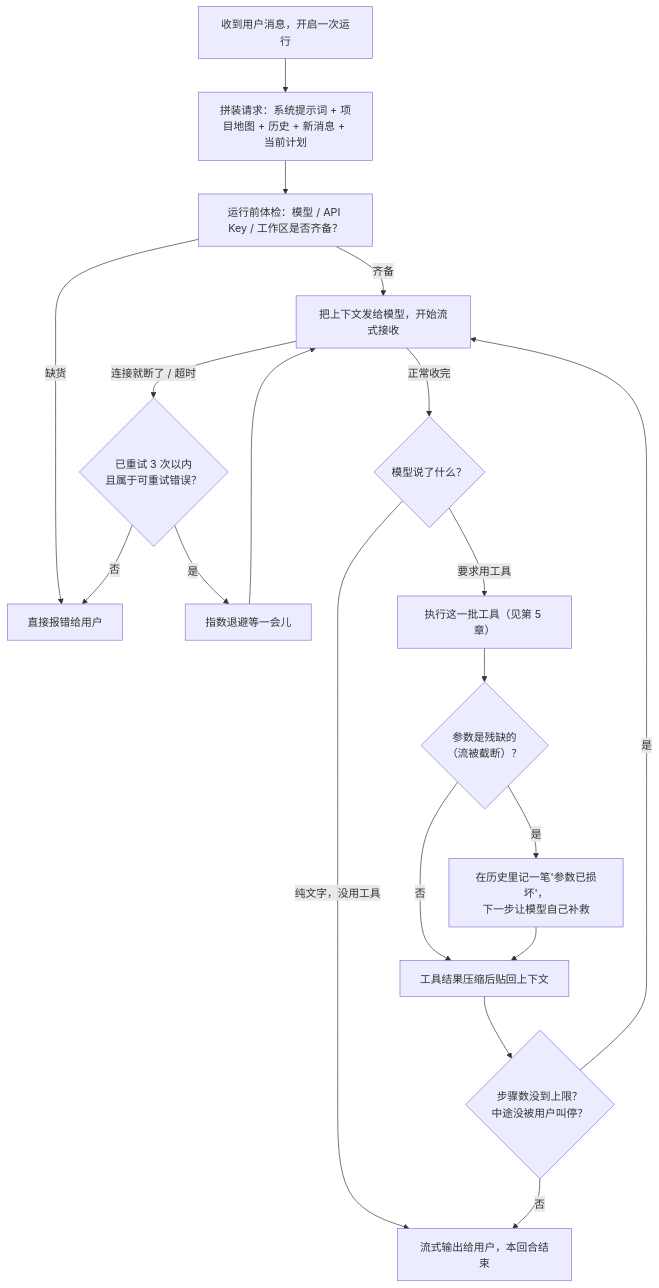
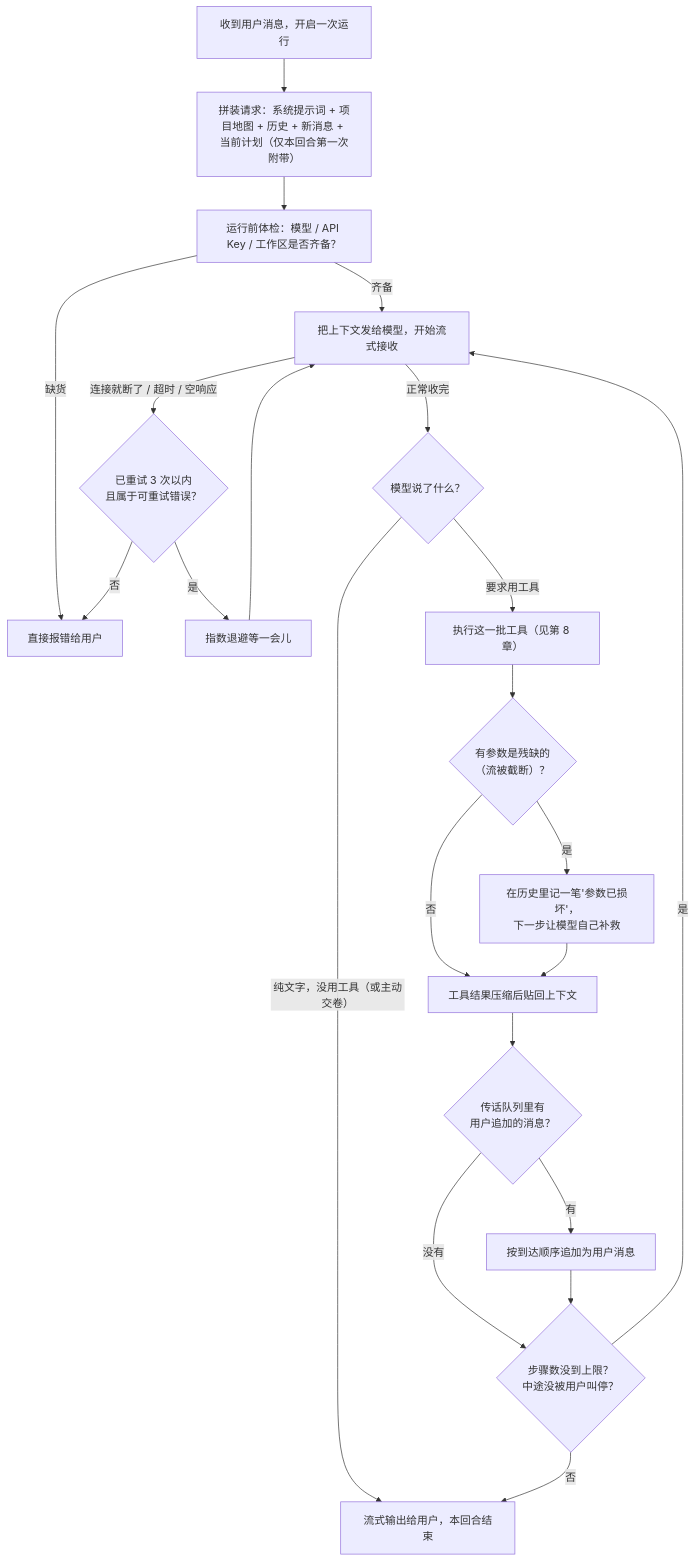
Before and after one commit to Bronya0/ally-agent: the third of 16 diagrams in docs/agent-architecture.md, drawn with Mermaid. The commit also changed other lines of this file, not shown here.

First line of the commit message:
docs: deepen architecture guide with missing chapters and technical detail

````diff
--- a/docs/agent-architecture.md
+++ b/docs/agent-architecture.md
@@ -116,23 +141,26 @@
 ```mermaid
 flowchart TD
-    START["收到用户消息，开启一次运行"] --> PREP["拼装请求：系统提示词 + 项目地图 + 历史 + 新消息 + 当前计划"]
+    START["收到用户消息，开启一次运行"] --> PREP["拼装请求：系统提示词 + 项目地图 + 历史 + 新消息 + 当前计划（仅本回合第一次附带）"]
     PREP --> GUARD1["运行前体检：模型 / API Key / 工作区是否齐备？"]
     GUARD1 -->|"缺货"| FAIL["直接报错给用户"]
     GUARD1 -->|"齐备"| ASK["把上下文发给模型，开始流式接收"]
 
-    ASK -->|"连接就断了 / 超时"| RETRY{"已重试 3 次以内<br/>且属于可重试错误？"}
+    ASK -->|"连接就断了 / 超时 / 空响应"| RETRY{"已重试 3 次以内<br/>且属于可重试错误？"}
     RETRY -->|"是"| WAIT["指数退避等一会儿"] --> ASK
     RETRY -->|"否"| FAIL
 
     ASK -->|"正常收完"| DECIDE{"模型说了什么？"}
-    DECIDE -->|"纯文字，没用工具"| DONE["流式输出给用户，本回合结束"]
-    DECIDE -->|"要求用工具"| EXEC["执行这一批工具（见第 5 章）"]
+    DECIDE -->|"纯文字，没用工具（或主动交卷）"| DONE["流式输出给用户，本回合结束"]
+    DECIDE -->|"要求用工具"| EXEC["执行这一批工具（见第 8 章）"]
 
-    EXEC --> BAD{"参数是残缺的<br/>（流被截断）？"}
+    EXEC --> BAD{"有参数是残缺的<br/>（流被截断）？"}
     BAD -->|"是"| MARK["在历史里记一笔'参数已损坏'，<br/>下一步让模型自己补救"]
     BAD -->|"否"| APPEND["工具结果压缩后贴回上下文"]
     MARK --> APPEND
-    APPEND --> STEP{"步骤数没到上限？<br/>中途没被用户叫停？"}
+    APPEND --> INJECT{"传话队列里有<br/>用户追加的消息？"}
+    INJECT -->|"有"| ADD["按到达顺序追加为用户消息"]
+    INJECT -->|"没有"| STEP
+    ADD --> STEP{"步骤数没到上限？<br/>中途没被用户叫停？"}
     STEP -->|"是"| ASK
     STEP -->|"否"| DONE
 ```
````
